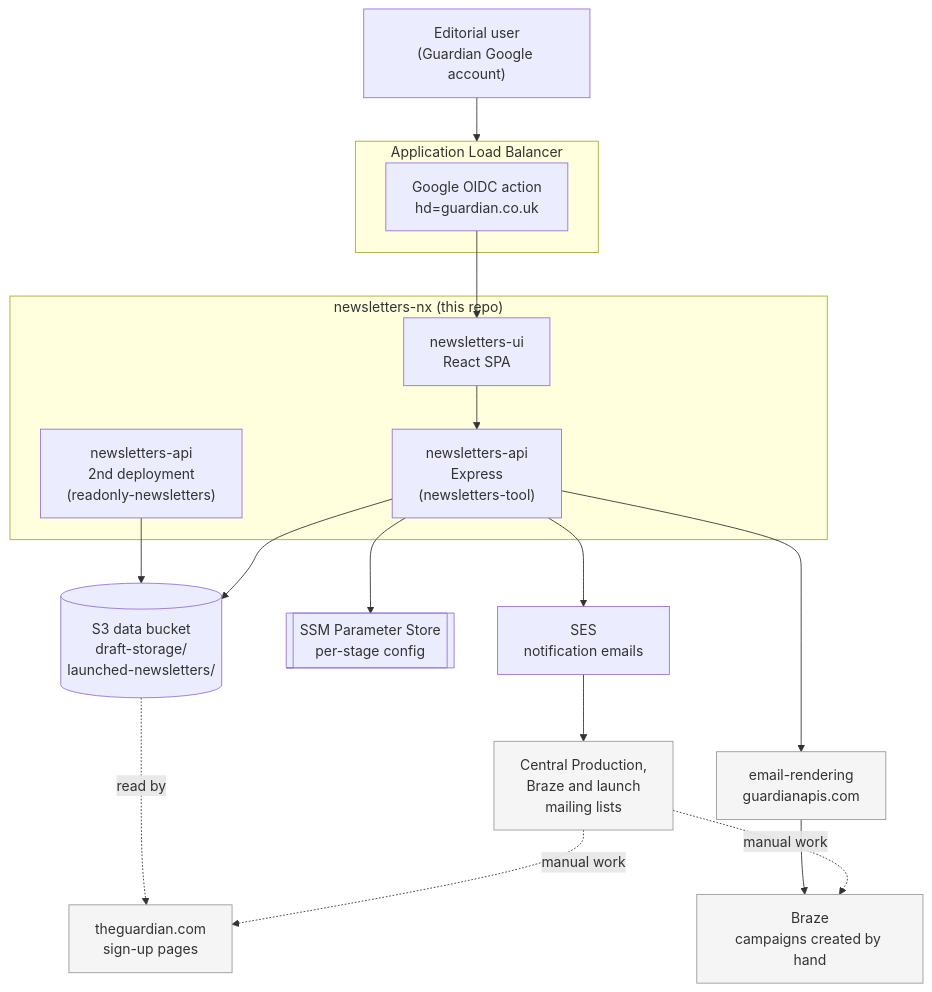
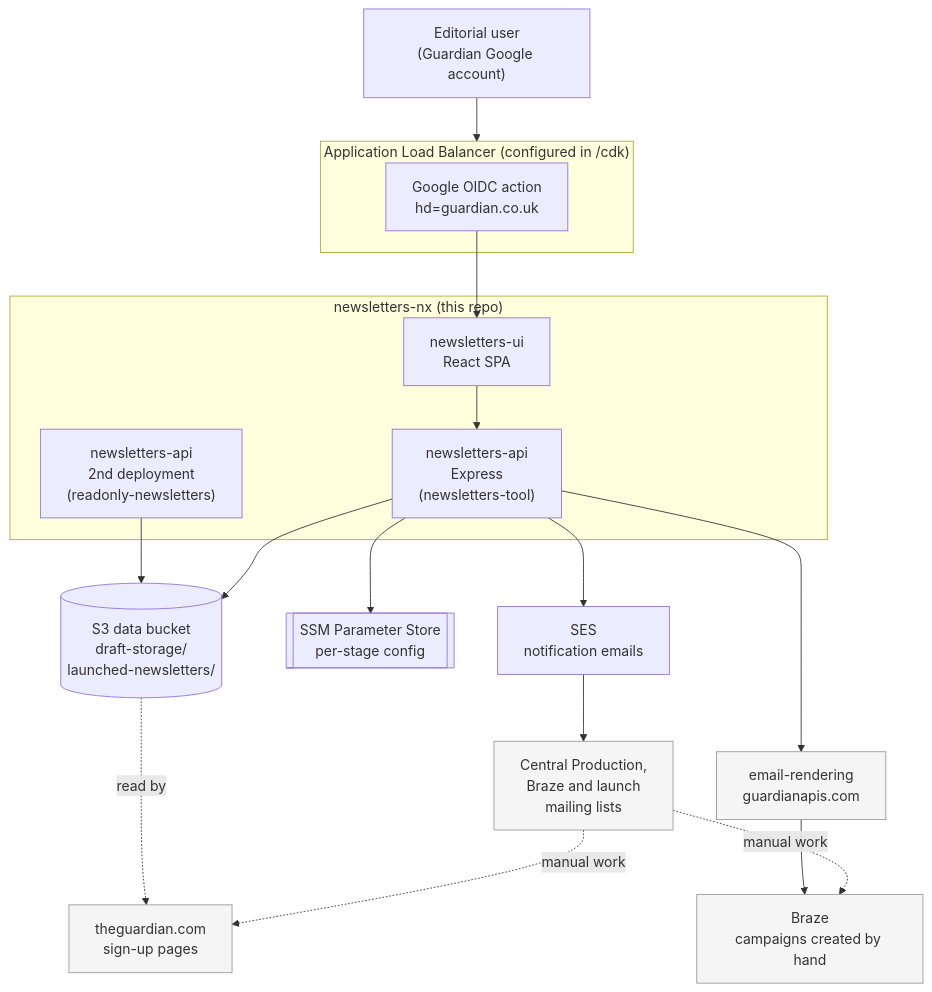
One commit to guardian/newsletters-nx changed the diagram in docs/architecture.md. Above: the diagram before and after it, drawn with Mermaid. The commit also changed 5 other files, not shown here.

````diff
--- a/docs/architecture.md
+++ b/docs/architecture.md
@@ -7,39 +7,39 @@
 ```mermaid
 flowchart TB
     user["Editorial user<br>(Guardian Google account)"]
 
-    subgraph alb["Application Load Balancer"]
+    subgraph alb["Application Load Balancer (configured in /cdk)"]
         auth["Google OIDC action<br>hd=guardian.co.uk"]
     end
 
     subgraph nx["newsletters-nx (this repo)"]
         ui["newsletters-ui<br>React SPA"]
         api["newsletters-api<br>Express<br>(newsletters-tool)"]
         roapi["newsletters-api<br>2nd deployment<br>(readonly-newsletters)"]
     end
 
     s3[("S3 data bucket<br>draft-storage/<br>launched-newsletters/")]
     ssm[["SSM Parameter Store<br>per-stage config"]]
     ses["SES<br>notification emails"]
     er["email-rendering<br>guardianapis.com"]
     braze["Braze<br>campaigns created by hand"]
     dotcom["theguardian.com<br>sign-up pages"]
     humans["Central Production,<br>Braze and launch<br>mailing lists"]
 
     user --> alb
     auth --> ui
     ui --> api
     api --> s3
     api --> ssm
     api --> ses
     api --> er
     ses --> humans
     humans -.manual work.-> braze
     humans -.manual work.-> dotcom
     er --> braze
     roapi --> s3
     s3 -.read by.-> dotcom
 
     classDef external fill:#f5f5f5,stroke:#999,color:#333
     class er,braze,dotcom,humans external
 ```
````
